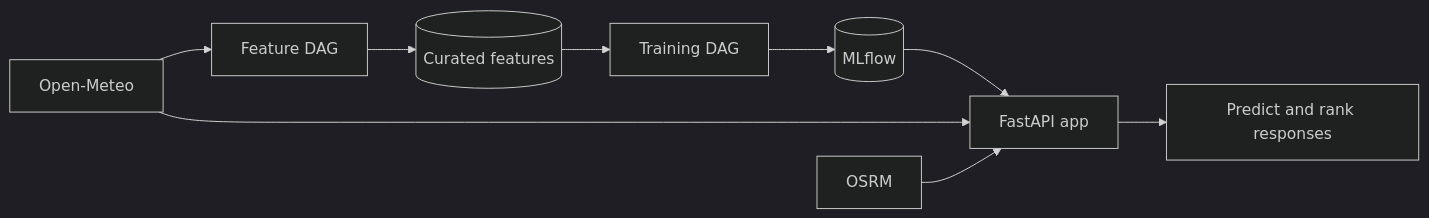
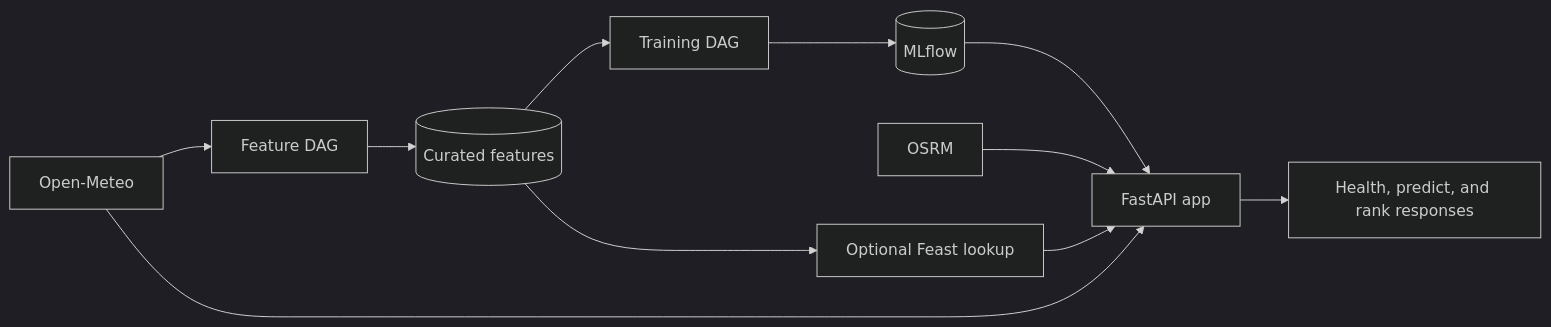
The diagram in docs/site/milestones/ms2.md (javihslu/foehncast), drawn with Mermaid (dark theme) before and after one commit. The commit also changed other lines of this file and 18 other files, not shown here.

````diff
--- a/docs/site/milestones/ms2.md
+++ b/docs/site/milestones/ms2.md
@@ -9,11 +37,13 @@
-```mermaid
+<div class="mermaid">
 flowchart LR
     OME[Open-Meteo] --> FEAT[Feature DAG]
     FEAT --> PAR[(Curated features)]
     PAR --> TRAIN[Training DAG]
     TRAIN --> MLF[(MLflow)]
     MLF --> APP[FastAPI app]
     OME --> APP
     OSRM[OSRM] --> APP
-    APP --> OUT[Predict and rank responses]
-```
+    APP --> OUT[Health, predict, and rank responses]
+    PAR --> FEAST[Optional Feast lookup]
+    FEAST --> APP
+</div>
````
